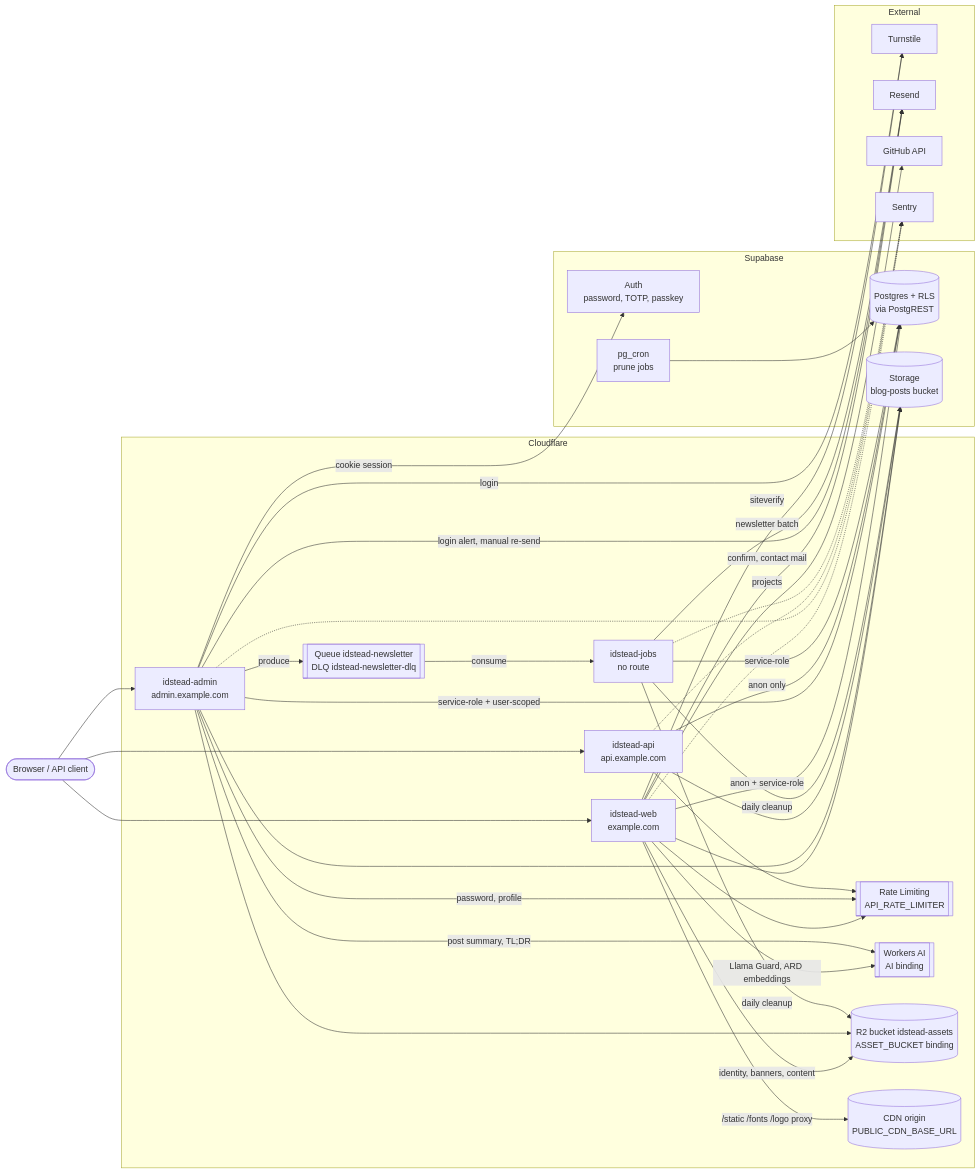
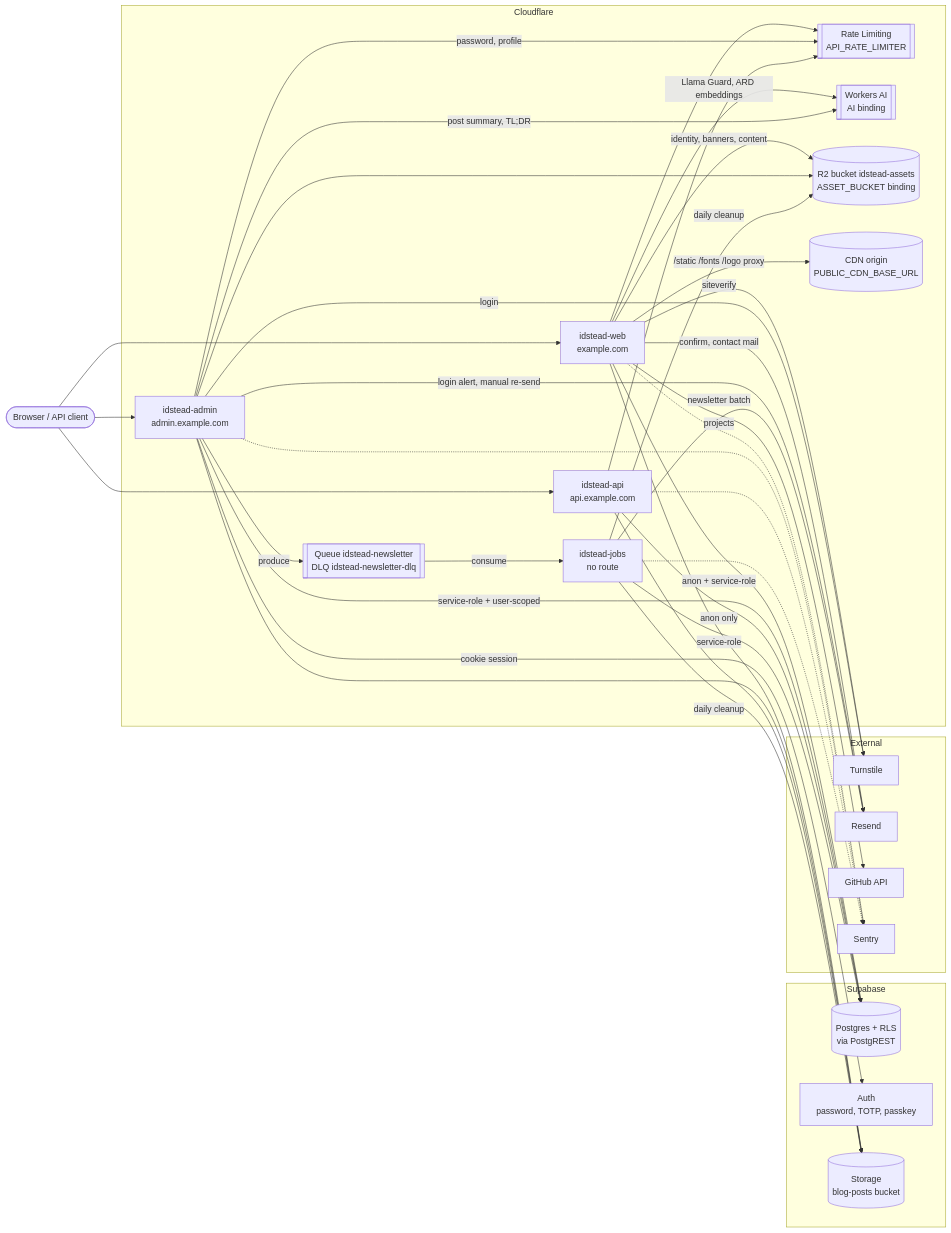
The diagram in docs/003-architecture/001-component-map.md (farhnkrnapratma/idstead), drawn with Mermaid before and after one commit. The commit also changed other lines of this file and 17 other files, not shown here.

First line of the commit message:
feat(jobs): run the database prunes from the jobs cron

````diff
--- a/docs/003-architecture/001-component-map.md
+++ b/docs/003-architecture/001-component-map.md
@@ -5,71 +5,68 @@
 ```mermaid
 flowchart LR
     Browser(["Browser / API client"])
 
     subgraph CF["Cloudflare"]
         WEB["idstead-web<br/>example.com"]
         ADMIN["idstead-admin<br/>admin.example.com"]
         API["idstead-api<br/>api.example.com"]
         JOBS["idstead-jobs<br/>no route"]
         RL[["Rate Limiting<br/>API_RATE_LIMITER"]]
         AI[["Workers AI<br/>AI binding"]]
         Q[["Queue idstead-newsletter<br/>DLQ idstead-newsletter-dlq"]]
         R2[("R2 bucket idstead-assets<br/>ASSET_BUCKET binding")]
         CDN[("CDN origin<br/>PUBLIC_CDN_BASE_URL")]
     end
 
     subgraph SB["Supabase"]
         PG[("Postgres + RLS<br/>via PostgREST")]
         AUTH["Auth<br/>password, TOTP, passkey"]
         ST[("Storage<br/>blog-posts bucket")]
-        CRON["pg_cron<br/>prune jobs"]
     end
 
     subgraph EXT["External"]
         TS["Turnstile"]
         RS["Resend"]
         GH["GitHub API"]
         SEN["Sentry"]
     end
 
     Browser --> WEB
     Browser --> ADMIN
     Browser --> API
 
     WEB -->|"anon + service-role"| PG
     WEB --> ST
     WEB -->|"identity, banners, content"| R2
     WEB -->|"/static /fonts /logo proxy"| CDN
     WEB --> RL
     WEB -->|"Llama Guard, ARD embeddings"| AI
     WEB -->|"siteverify"| TS
     WEB -->|"confirm, contact mail"| RS
     WEB -->|"projects"| GH
 
     ADMIN -->|"cookie session"| AUTH
     ADMIN -->|"service-role + user-scoped"| PG
     ADMIN --> ST
     ADMIN --> R2
     ADMIN -->|"password, profile"| RL
     ADMIN -->|"post summary, TL;DR"| AI
     ADMIN -->|"login"| TS
     ADMIN -->|"login alert, manual re-send"| RS
     ADMIN -->|"produce"| Q
 
     API -->|"anon only"| PG
     API --> ST
     API --> RL
 
     Q -->|"consume"| JOBS
     JOBS -->|"service-role"| PG
     JOBS -->|"newsletter batch"| RS
     JOBS -->|"daily cleanup"| R2
     JOBS -->|"daily cleanup"| ST
 
-    CRON --> PG
-
     WEB -.-> SEN
     ADMIN -.-> SEN
     API -.-> SEN
     JOBS -.-> SEN
 ```
````
